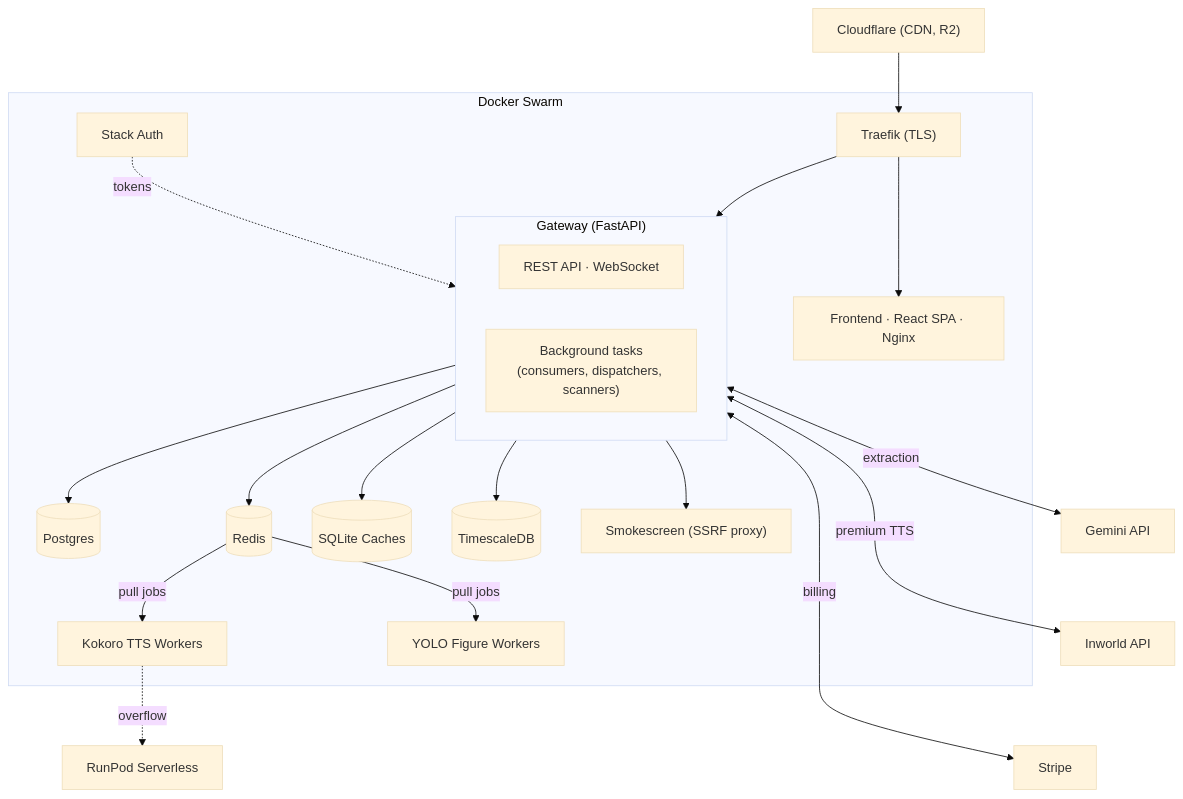
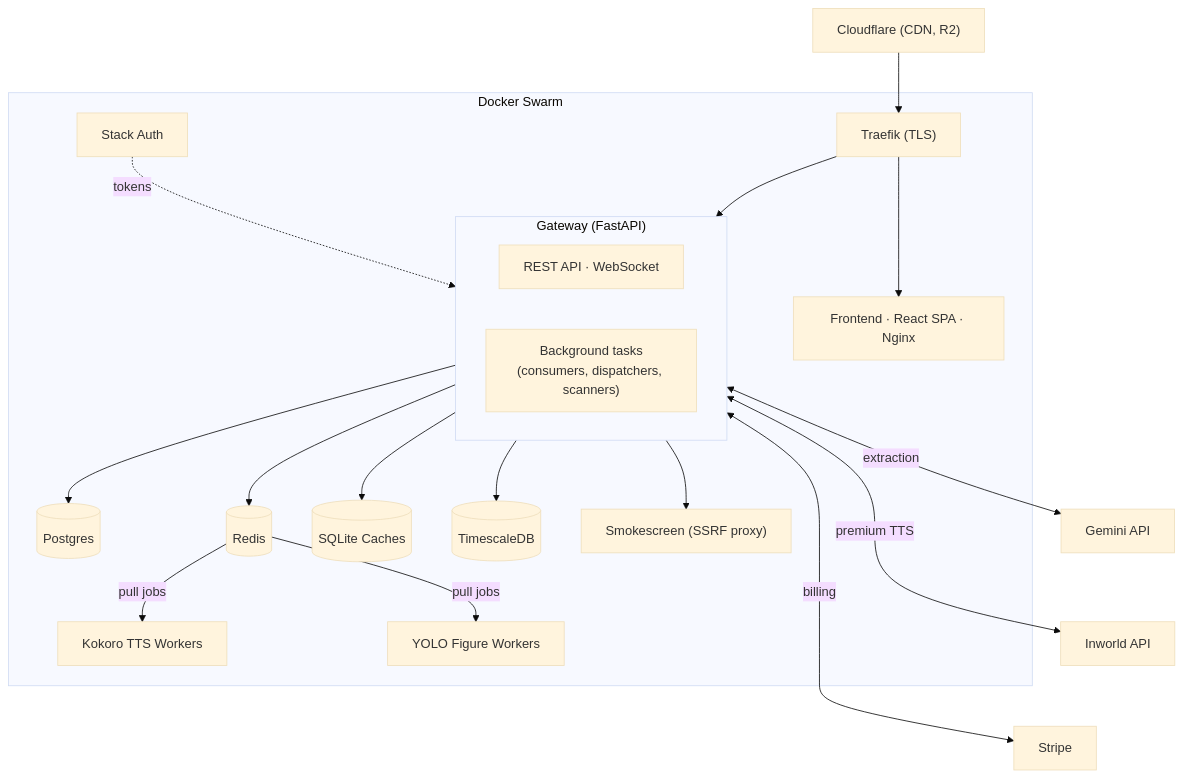
The first of 7 diagrams in docs/architecture.md (yapit-tts/yapit), drawn with Mermaid (base theme) before and after one commit. The commit also changed other lines of this file and 31 other files, not shown here.

First line of the commit message:
Remove RunPod overflow system (#79)

````diff
--- a/docs/architecture.md
+++ b/docs/architecture.md
@@ -5,32 +5,31 @@
 ```mermaid
 flowchart TD
     CF["Cloudflare (CDN, R2)"] --> Traefik
 
     subgraph swarm ["Docker Swarm"]
         Traefik["Traefik (TLS)"] --> Frontend["Frontend · React SPA · Nginx"]
         Traefik --> GW
 
         Auth["Stack Auth"] -.->|tokens| GW
 
         subgraph GW ["Gateway (FastAPI)"]
             direction LR
             API["REST API · WebSocket"]
             BG["Background tasks<br/>(consumers, dispatchers, scanners)"]
         end
 
         GW --> PG[(Postgres)] & Redis[(Redis)] & SQLite[(SQLite Caches)]
         GW --> TS[(TimescaleDB)]
 
         GW --> Smoke["Smokescreen (SSRF proxy)"]
 
         Redis -->|pull jobs| Kokoro["Kokoro TTS Workers"]
         Redis -->|pull jobs| YOLO["YOLO Figure Workers"]
     end
 
     Gemini["Gemini API"] ~~~ Inworld["Inworld API"] ~~~ Stripe
 
     GW <-->|extraction| Gemini
     GW <-->|premium TTS| Inworld
     GW <-->|billing| Stripe
-    Kokoro -.->|overflow| RunPod["RunPod Serverless"]
 ```
````
